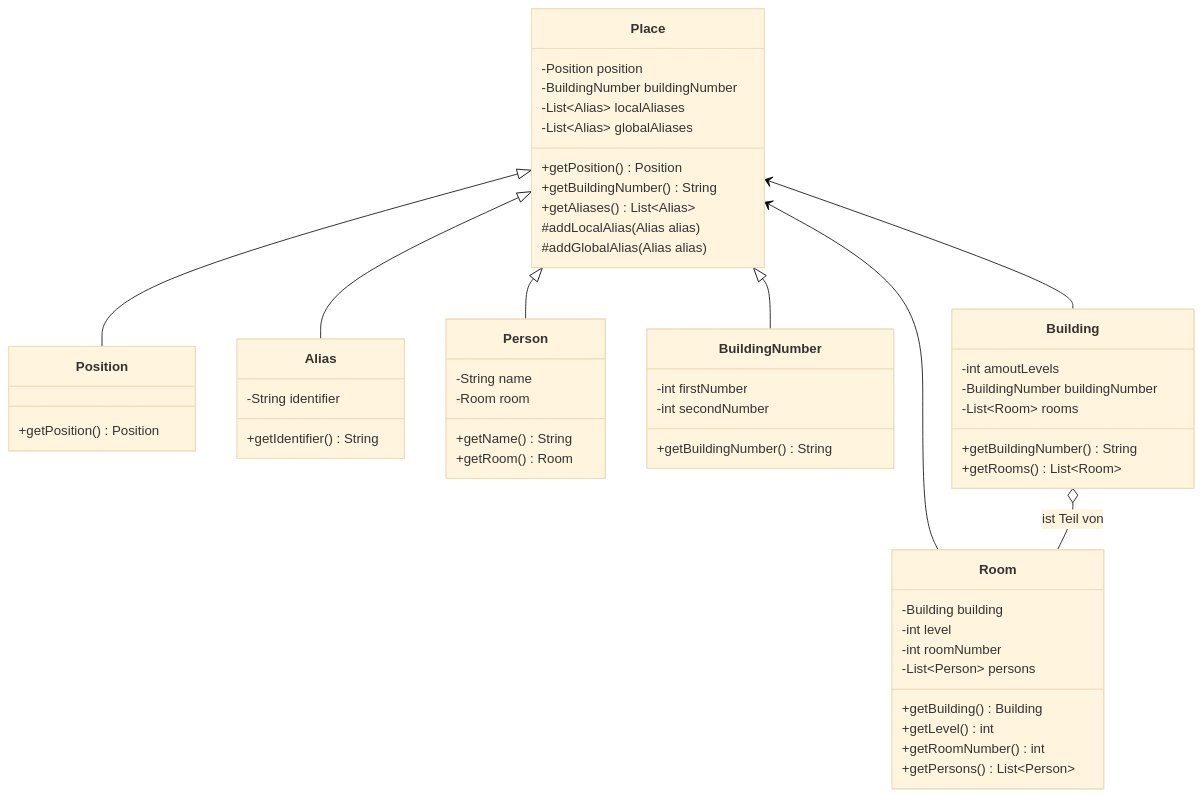
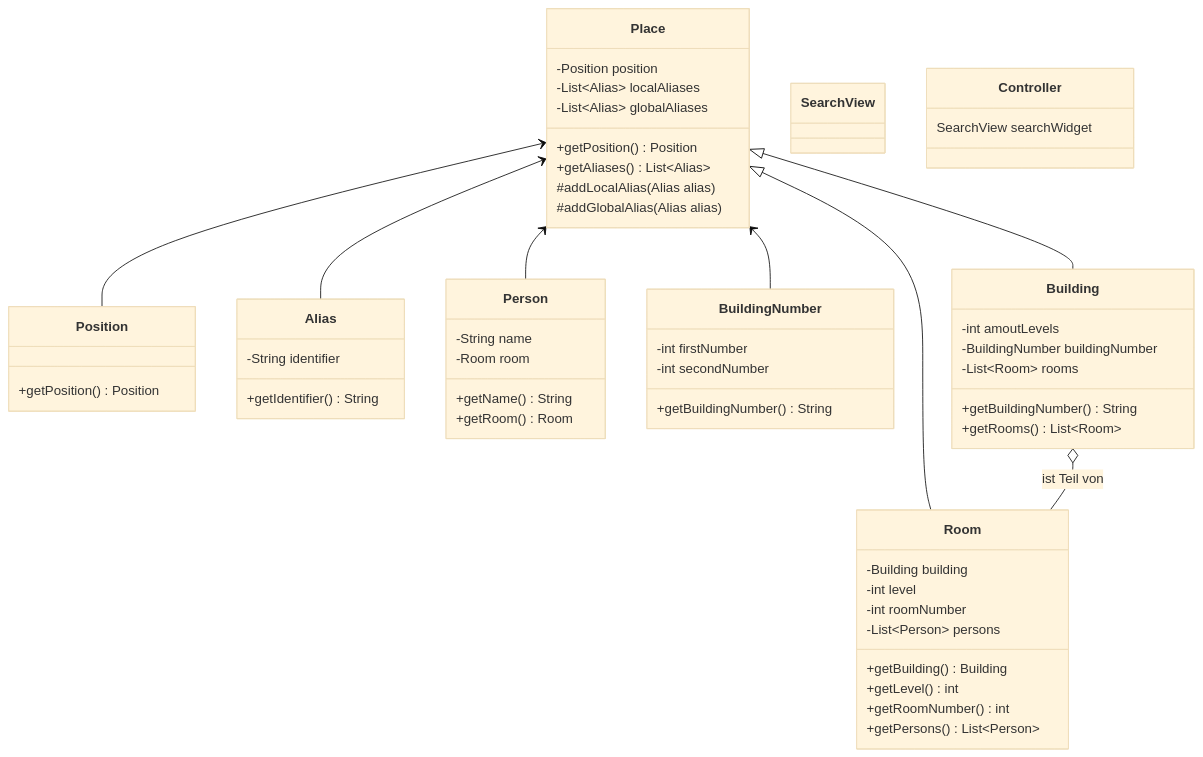
One commit to coderPaddyS/PSE_G3_Entwurf changed the diagram in Textuelle_Beschreibung/Suchfunktion/index.md. Above: the diagram before and after it, drawn with Mermaid (base theme). The commit also changed 1 other file, not shown here.

````diff
--- a/Textuelle_Beschreibung/Suchfunktion/index.md
+++ b/Textuelle_Beschreibung/Suchfunktion/index.md
@@ -38,66 +38,73 @@
 ```mermaid
 classDiagram
     class Position {
         +getPosition() Position
     }
 
     class Alias {
         -String identifier
         +getIdentifier() String
     }
 
     class Person {
         -String name
         -Room room
         +getName() String
         +getRoom() Room
     }
 
     class BuildingNumber {
         -int firstNumber
         -int secondNumber
         +getBuildingNumber() String
     }
 
     class Place {
         -Position position
-        -BuildingNumber buildingNumber
         -List~Alias~ localAliases
         -List~Alias~ globalAliases
         +getPosition() Position
-        +getBuildingNumber() String
         +getAliases() List~Alias~
         #addLocalAlias(Alias alias)
         #addGlobalAlias(Alias alias)
     }
 
     class Building {
         -int amoutLevels
         -BuildingNumber buildingNumber
         -List~Room~ rooms
         +getBuildingNumber() String
         +getRooms() List~Room~
     }
 
     class Room {
         -Building building
         -int level
         -int roomNumber
         -List~Person~ persons
         +getBuilding() Building
         +getLevel() int
         +getRoomNumber() int
         +getPersons() List~Person~
     }
 
-    Place <-- Building
-    Place <-- Room
+
+    Place <|-- Building
+    Place <|-- Room
     Building o-- Room : ist Teil von
-    Place <|-- BuildingNumber
-    Place <|-- Alias
-    Place <|-- Position
-    Place <|-- Person
+    Place <-- BuildingNumber
+    Place <-- Alias
+    Place <-- Position
+    Place <-- Person
 
 
+    class SearchView {
+
+    }
+
+    class Controller {
+        SearchView searchWidget
+        
+    }
 
 ```
````
